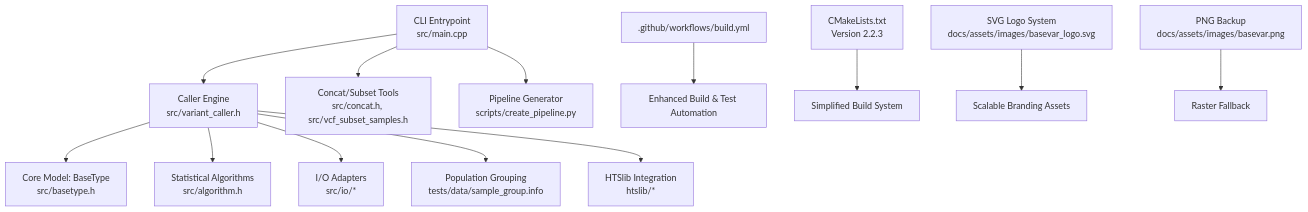
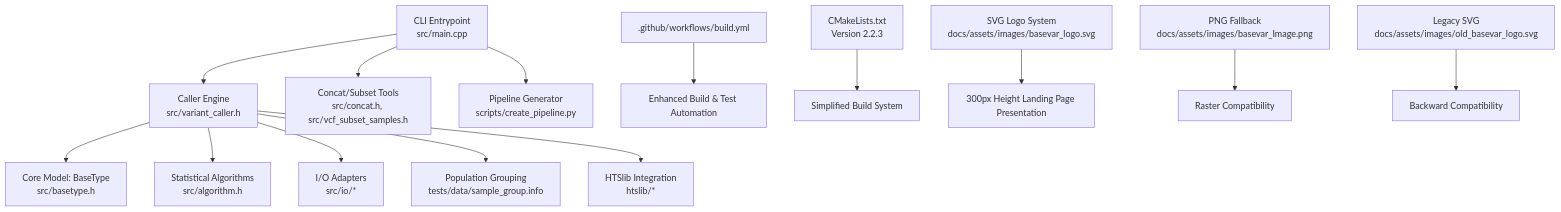
Before and after one commit to ShujiaHuang/BaseVar2: the first of 7 diagrams in .qoder/repowiki/en/content/Project Overview/Project Overview.md, drawn with Mermaid. The commit also changed other lines of this file and 6 other files, not shown here.

````diff
--- a/.qoder/repowiki/en/content/Project Overview/Project Overview.md
+++ b/.qoder/repowiki/en/content/Project Overview/Project Overview.md
@@ -70,15 +71,16 @@
 ```mermaid
 graph TB
 A["CLI Entrypoint<br/>src/main.cpp"] --> B["Caller Engine<br/>src/variant_caller.h"]
 B --> C["Core Model: BaseType<br/>src/basetype.h"]
 B --> D["Statistical Algorithms<br/>src/algorithm.h"]
 B --> E["I/O Adapters<br/>src/io/*"]
 B --> F["Population Grouping<br/>tests/data/sample_group.info"]
 A --> G["Concat/Subset Tools<br/>src/concat.h, src/vcf_subset_samples.h"]
 A --> H["Pipeline Generator<br/>scripts/create_pipeline.py"]
 B --> I["HTSlib Integration<br/>htslib/*"]
 J[".github/workflows/build.yml"] --> K["Enhanced Build & Test Automation"]
 L["CMakeLists.txt<br/>Version 2.2.3"] --> M["Simplified Build System"]
-N["SVG Logo System<br/>docs/assets/images/basevar_logo.svg"] --> O["Scalable Branding Assets"]
-P["PNG Backup<br/>docs/assets/images/basevar.png"] --> Q["Raster Fallback"]
+N["SVG Logo System<br/>docs/assets/images/basevar_logo.svg"] --> O["300px Height Landing Page Presentation"]
+P["PNG Fallback<br/>docs/assets/images/basevar_Image.png"] --> Q["Raster Compatibility"]
+R["Legacy SVG<br/>docs/assets/images/old_basevar_logo.svg"] --> S["Backward Compatibility"]
 ```
````
